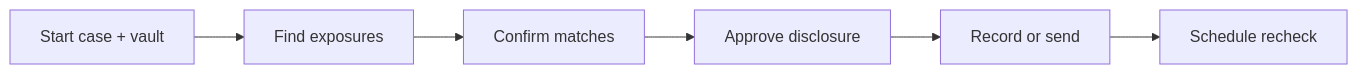
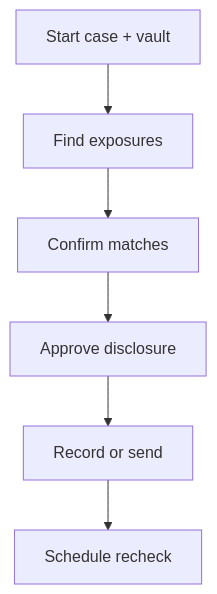
One commit to thomasjvu/oblivion changed the diagram in docs/src/docs/content/user-guide/overview.md. Above: the diagram before and after it, drawn with Mermaid. The commit also changed 19 other files, not shown here.

First line of the commit message:
docs: code-block footer path, spin ring, readable mermaid diagrams

````diff
--- a/docs/src/docs/content/user-guide/overview.md
+++ b/docs/src/docs/content/user-guide/overview.md
@@ -9,8 +9,8 @@
 ```mermaid
-flowchart LR
+flowchart TB
   Start[Start case + vault] --> Discover[Find exposures]
   Discover --> Review[Confirm matches]
   Review --> Approve[Approve disclosure]
   Approve --> Execute[Record or send]
   Execute --> Recheck[Schedule recheck]
 ```
````
